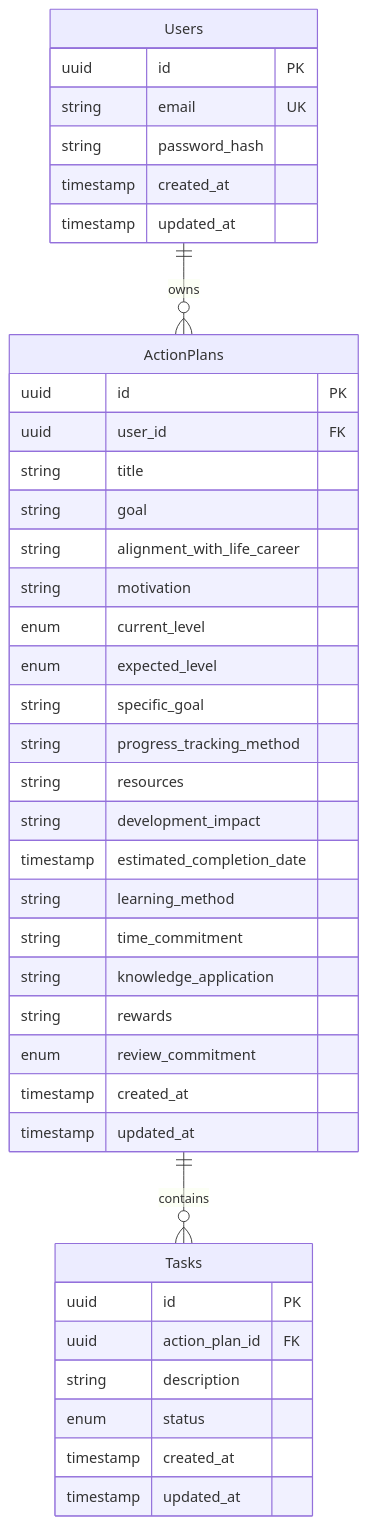
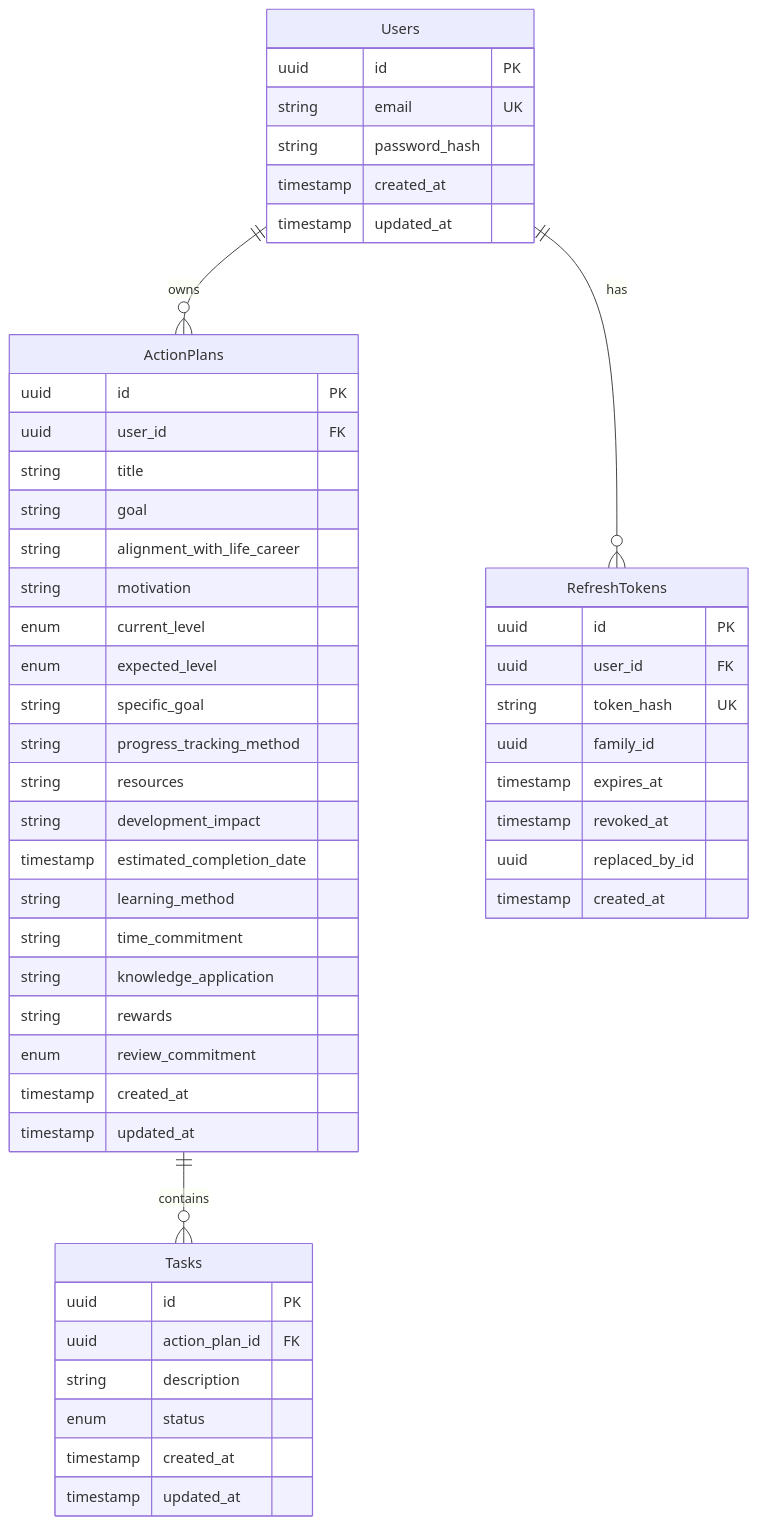
The diagram in docs/domain.md (gdlopes/pdp-backend), drawn with Mermaid before and after one commit. The commit also changed other lines of this file and 4 other files, not shown here.

Commit message:
docs: document auth flows and token ownership

````diff
--- a/docs/domain.md
+++ b/docs/domain.md
@@ -15,45 +15,57 @@
 ```mermaid
 erDiagram
   Users ||--o{ ActionPlans : owns
+  Users ||--o{ RefreshTokens : has
   ActionPlans ||--o{ Tasks : contains
 
   Users {
     uuid id PK
     string email UK
     string password_hash
     timestamp created_at
     timestamp updated_at
+  }
+
+  RefreshTokens {
+    uuid id PK
+    uuid user_id FK
+    string token_hash UK
+    uuid family_id
+    timestamp expires_at
+    timestamp revoked_at
+    uuid replaced_by_id
+    timestamp created_at
   }
 
   ActionPlans {
     uuid id PK
     uuid user_id FK
     string title
     string goal
     string alignment_with_life_career
     string motivation
     enum current_level
     enum expected_level
     string specific_goal
     string progress_tracking_method
     string resources
     string development_impact
     timestamp estimated_completion_date
     string learning_method
     string time_commitment
     string knowledge_application
     string rewards
     enum review_commitment
     timestamp created_at
     timestamp updated_at
   }
 
   Tasks {
     uuid id PK
     uuid action_plan_id FK
     string description
     enum status
     timestamp created_at
     timestamp updated_at
   }
 ```
````
